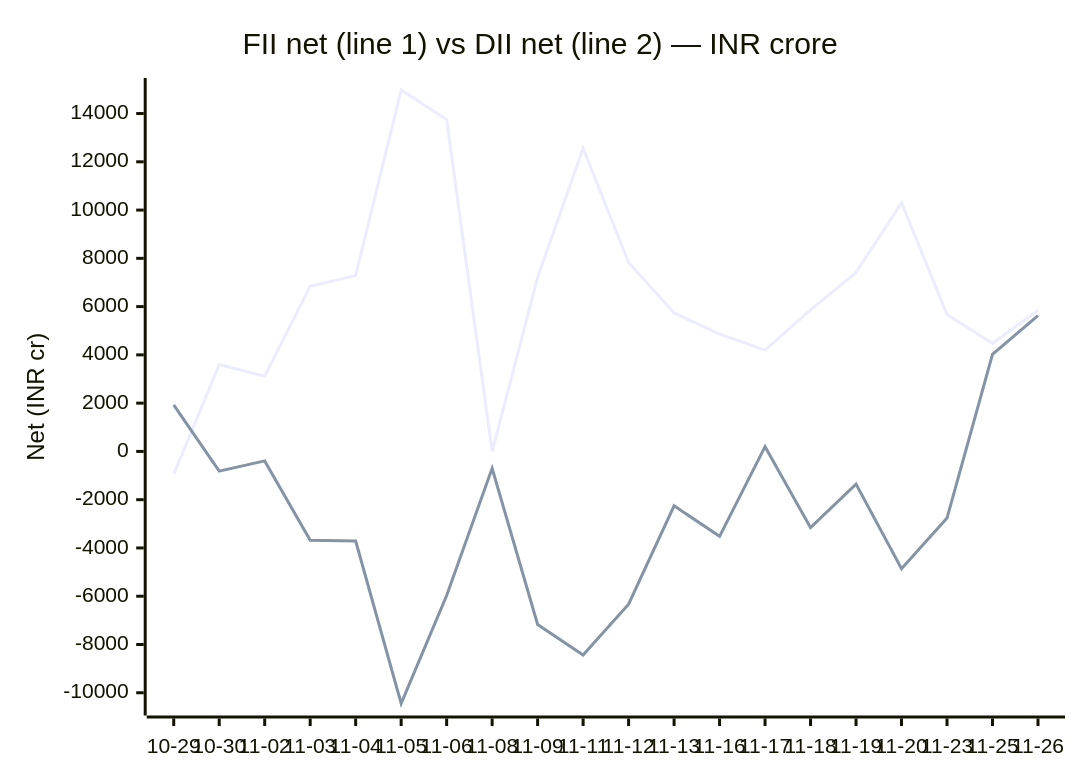
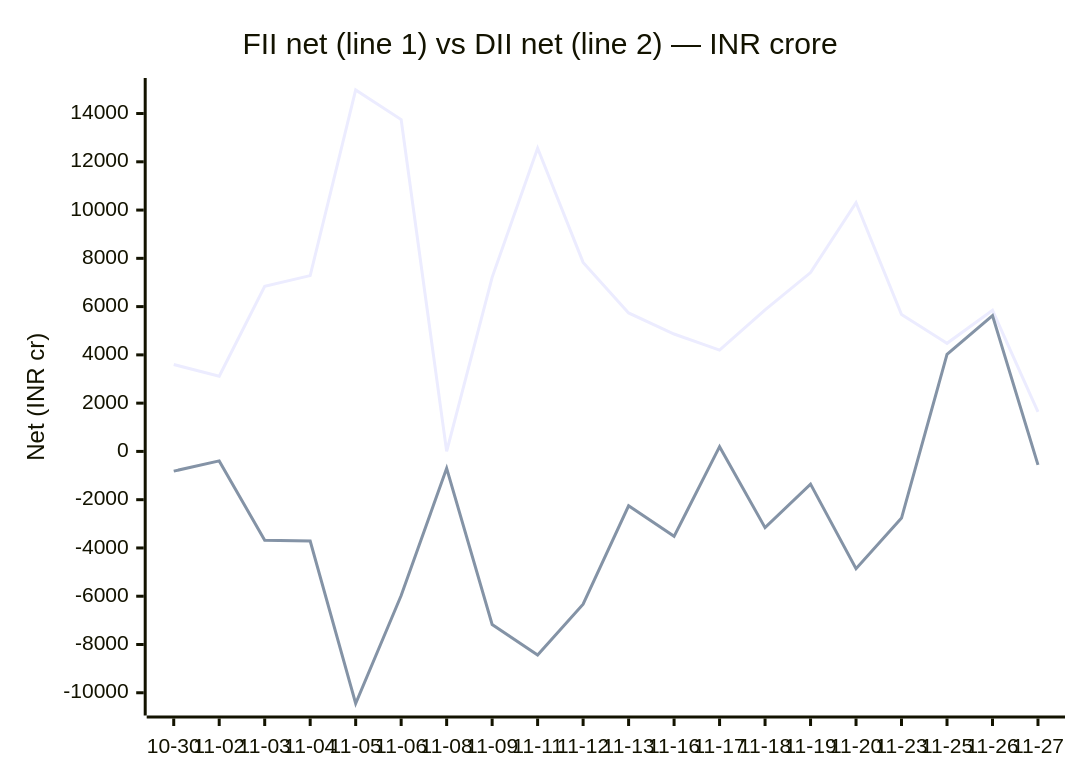
The second of 2 diagrams in README.md (chirag127/fii-dii-activity-api), drawn with Mermaid before and after one commit. The commit also changed other lines of this file and 5 other files, not shown here.

````diff
--- a/README.md
+++ b/README.md
@@ -53,8 +53,8 @@
 ```mermaid
 xychart-beta
     title "FII net (line 1) vs DII net (line 2) — INR crore"
-    x-axis ["10-29", "10-30", "11-02", "11-03", "11-04", "11-05", "11-06", "11-08", "11-09", "11-11", "11-12", "11-13", "11-16", "11-17", "11-18", "11-19", "11-20", "11-23", "11-25", "11-26"]
+    x-axis ["10-30", "11-02", "11-03", "11-04", "11-05", "11-06", "11-08", "11-09", "11-11", "11-12", "11-13", "11-16", "11-17", "11-18", "11-19", "11-20", "11-23", "11-25", "11-26", "11-27"]
     y-axis "Net (INR cr)" -10445 --> 14975
-    line [-943.6, 3598.54, 3114.68, 6836.81, 7284.03, 14974.68, 13749.82, -0.25, 7212.22, 12563.33, 7830.6, 5736.55, 4864.68, 4195.38, 5866.78, 7411.41, 10308.42, 5672.99, 4479.08, 5843.33]
-    line [1924.41, -817.51, -392.2, -3678.85, -3712.23, -10444.54, -5968.7, -700.31, -7172.53, -8434.53, -6331.17, -2253.58, -3519.05, 196.93, -3159.9, -1356.57, -4859.8, -2760.12, 4018.72, 5630.72]
+    line [3598.54, 3114.68, 6836.81, 7284.03, 14974.68, 13749.82, -0.25, 7212.22, 12563.33, 7830.6, 5736.55, 4864.68, 4195.38, 5866.78, 7411.41, 10308.42, 5672.99, 4479.08, 5843.33, 1634.33]
+    line [-817.51, -392.2, -3678.85, -3712.23, -10444.54, -5968.7, -700.31, -7172.53, -8434.53, -6331.17, -2253.58, -3519.05, 196.93, -3159.9, -1356.57, -4859.8, -2760.12, 4018.72, 5630.72, -556.42]
 ```
````
